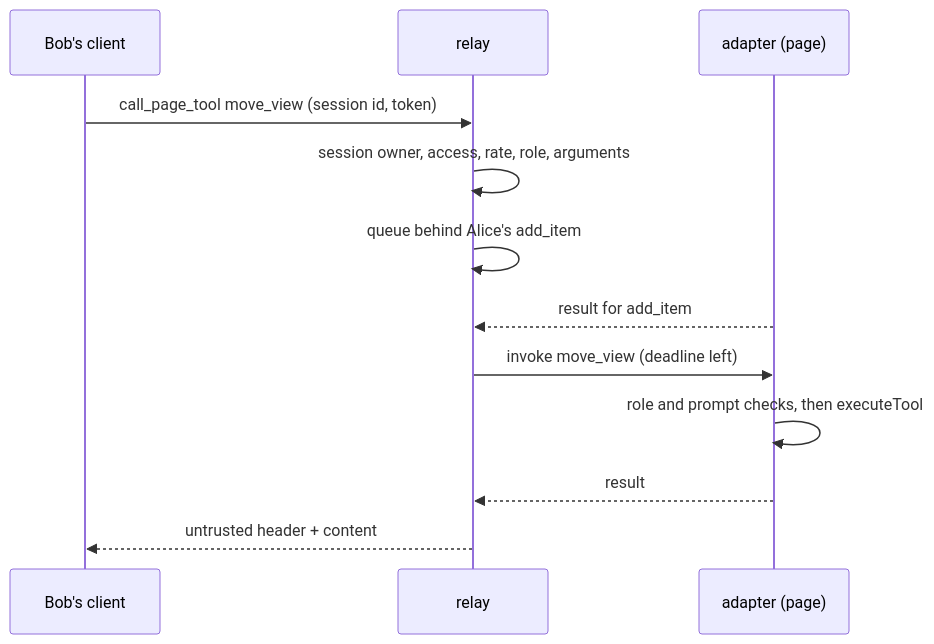
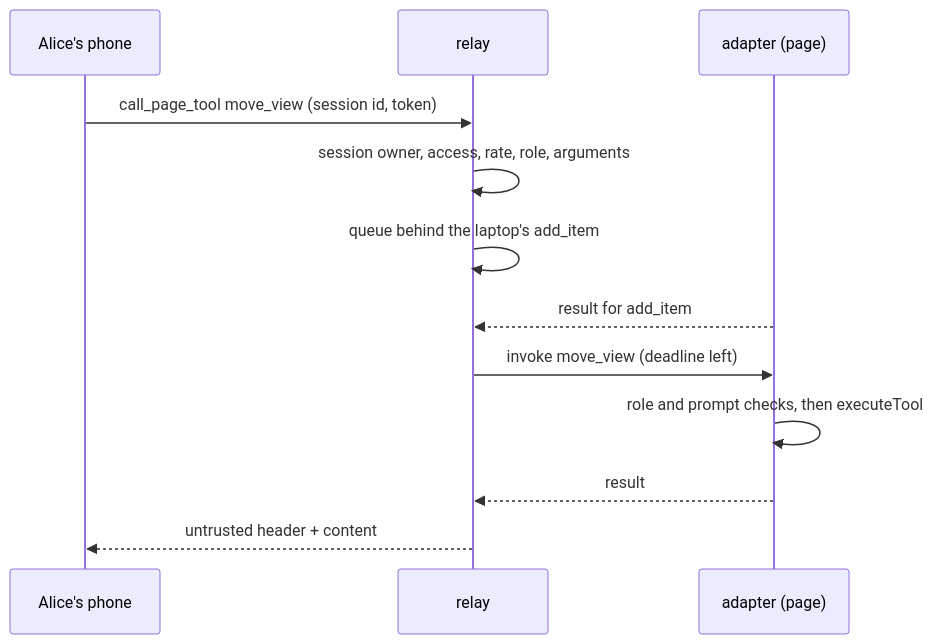
One commit to PaulMRamirez/tabdock changed the diagram in docs/tour/02-many-clients.md. Above: the diagram before and after it, drawn with Mermaid. The commit also changed other lines of this file and 9 other files, not shown here.

````diff
--- a/docs/tour/02-many-clients.md
+++ b/docs/tour/02-many-clients.md
@@ -15,14 +15,14 @@
 ```mermaid
 sequenceDiagram
-  participant B as Bob's client
+  participant B as Alice's phone
   participant R as relay
   participant A as adapter (page)
   B->>R: call_page_tool move_view (session id, token)
   R->>R: session owner, access, rate, role, arguments
-  R->>R: queue behind Alice's add_item
+  R->>R: queue behind the laptop's add_item
   A-->>R: result for add_item
   R->>A: invoke move_view (deadline left)
   A->>A: role and prompt checks, then executeTool
   A-->>R: result
   R-->>B: untrusted header + content
 ```
````
